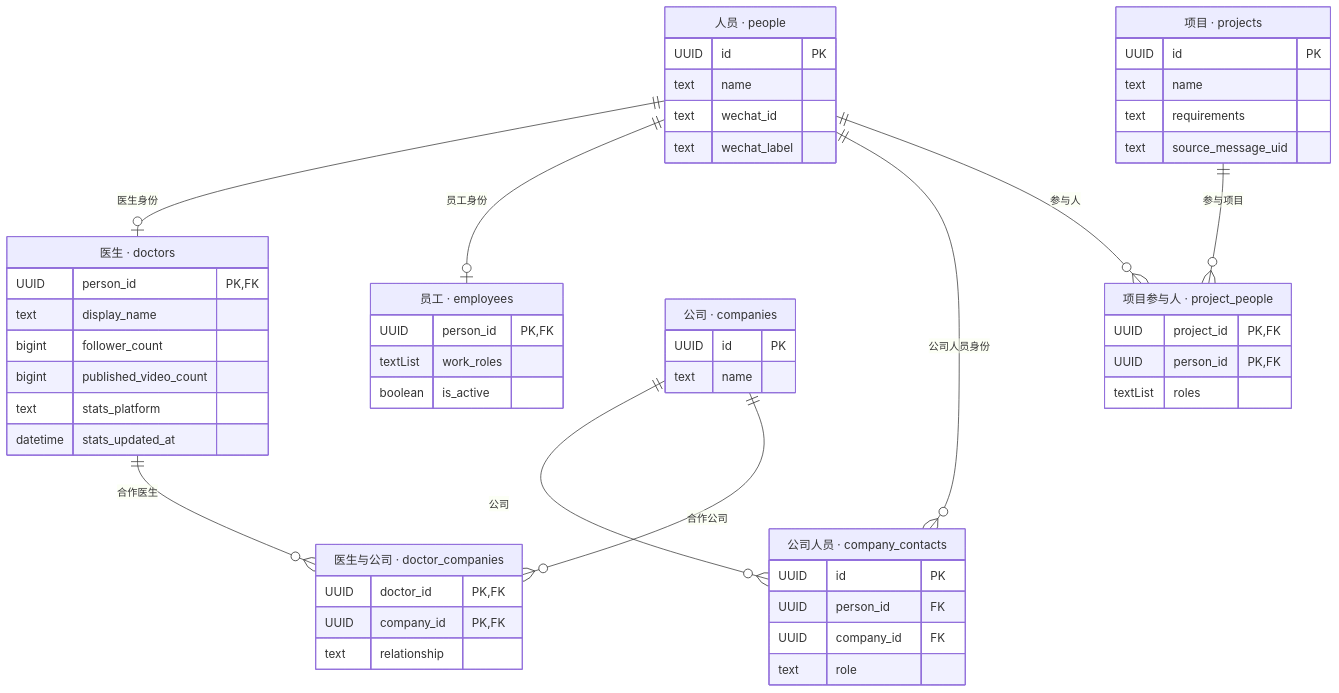
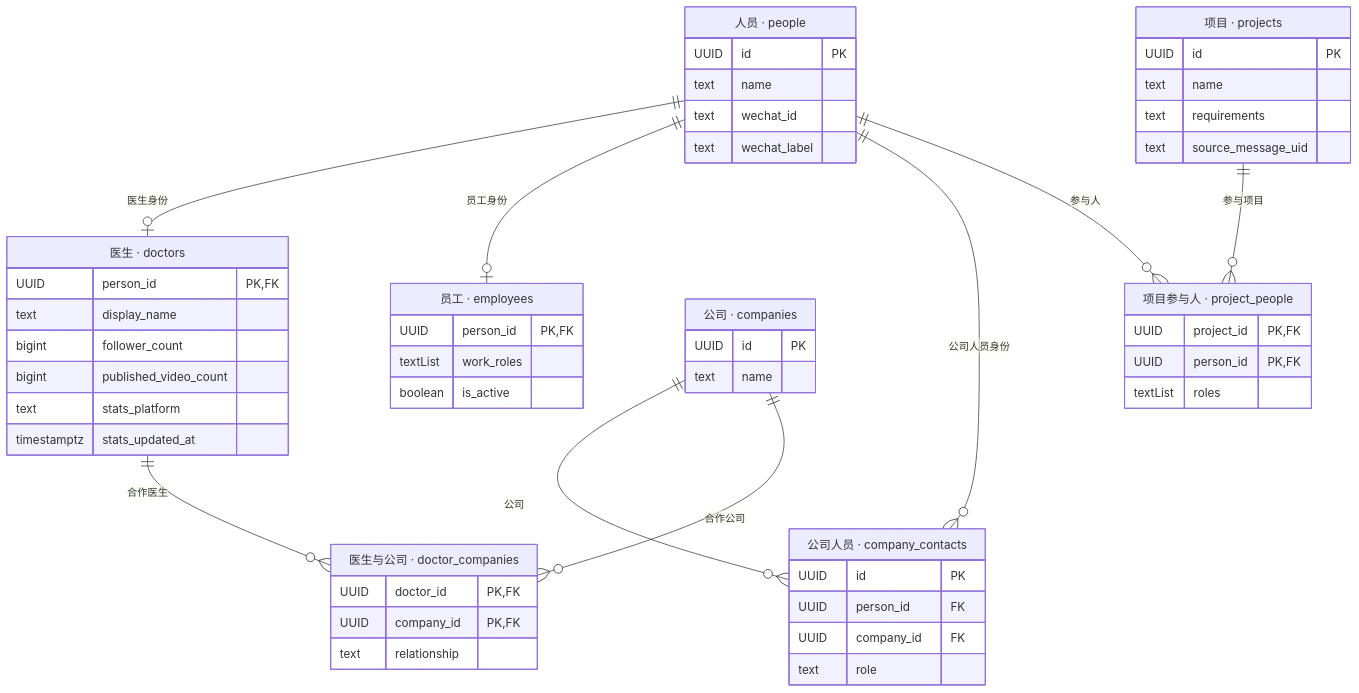
One commit to xunzhengkepu/docs changed the diagram in task-model-20261017/maizi-task-database-20261017-v01-people.mmd. Above: the diagram before and after it, drawn with Mermaid. The commit also changed 8 other files, not shown here.

Commit message:
docs: select PostgreSQL for business schema

```diff
--- a/task-model-20261017/maizi-task-database-20261017-v01-people.mmd
+++ b/task-model-20261017/maizi-task-database-20261017-v01-people.mmd
@@ -1,54 +1,54 @@
 erDiagram
     people ||--o| doctors : "医生身份"
     people ||--o| employees : "员工身份"
     people ||--o{ company_contacts : "公司人员身份"
     companies ||--o{ company_contacts : "公司"
     doctors ||--o{ doctor_companies : "合作医生"
     companies ||--o{ doctor_companies : "合作公司"
     projects ||--o{ project_people : "参与项目"
     people ||--o{ project_people : "参与人"
     people["人员 · people"] {
         UUID id PK
         text name
         text wechat_id
         text wechat_label
     }
     doctors["医生 · doctors"] {
         UUID person_id PK,FK
         text display_name
         bigint follower_count
         bigint published_video_count
         text stats_platform
-        datetime stats_updated_at
+        timestamptz stats_updated_at
     }
     employees["员工 · employees"] {
         UUID person_id PK,FK
         textList work_roles
         boolean is_active
     }
     company_contacts["公司人员 · company_contacts"] {
         UUID id PK
         UUID person_id FK
         UUID company_id FK
         text role
     }
     companies["公司 · companies"] {
         UUID id PK
         text name
     }
     doctor_companies["医生与公司 · doctor_companies"] {
         UUID doctor_id PK,FK
         UUID company_id PK,FK
         text relationship
     }
     projects["项目 · projects"] {
         UUID id PK
         text name
         text requirements
         text source_message_uid
     }
     project_people["项目参与人 · project_people"] {
         UUID project_id PK,FK
         UUID person_id PK,FK
         textList roles
     }
```
